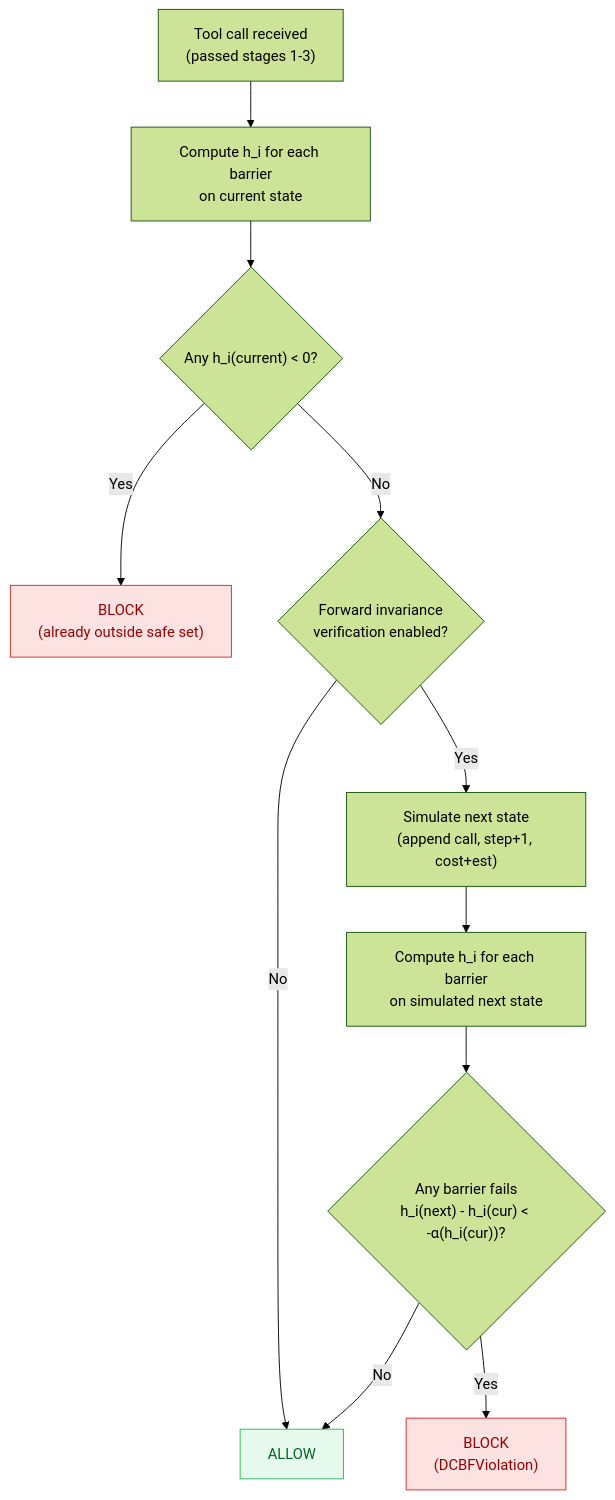
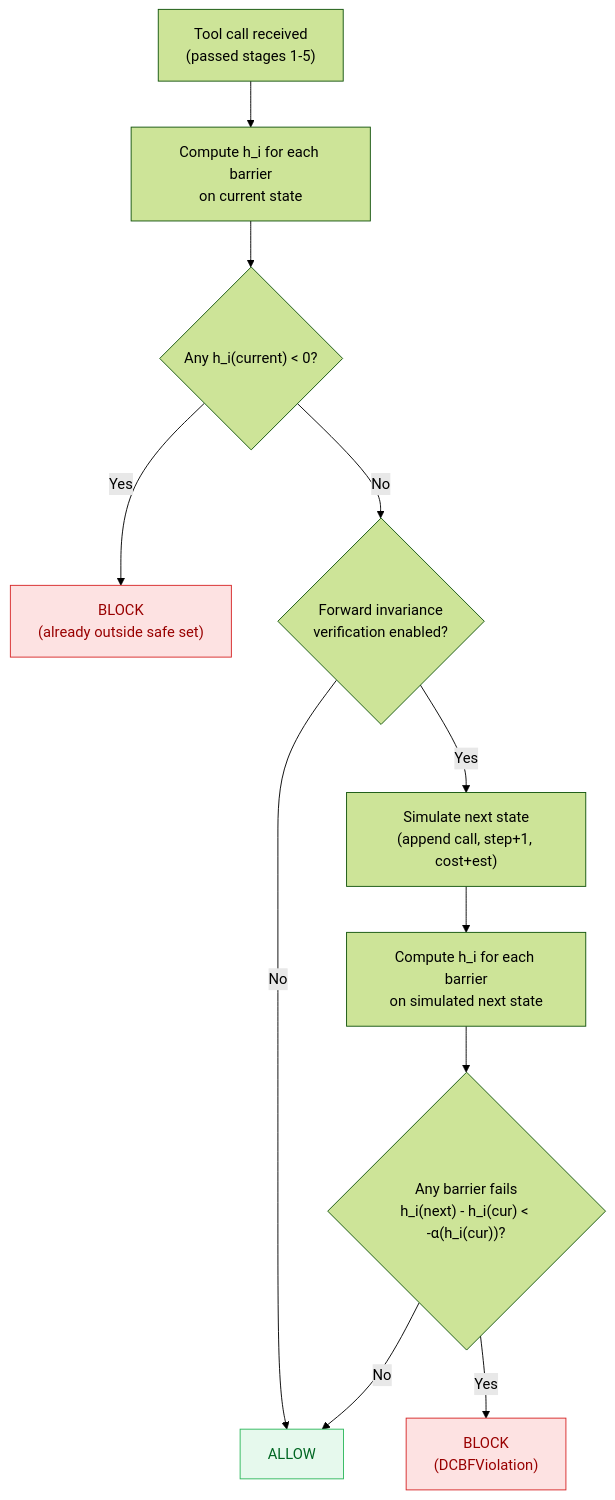
Before and after one commit to CharafeddineMechalikh/GATE: the diagram in docs/stages/dcbf.md, drawn with Mermaid (forest theme). The commit also changed other lines of this file and 40 other files, not shown here.

````diff
--- a/docs/stages/dcbf.md
+++ b/docs/stages/dcbf.md
@@ -28,25 +28,25 @@
 ```mermaid
 flowchart TD
     A["Tool call received
-(passed stages 1-3)"] --> B["Compute h_i for each barrier
+(passed stages 1-5)"] --> B["Compute h_i for each barrier
 on current state"]
     B --> C{"Any h_i(current) < 0?"}
     C -->|Yes| D["BLOCK
 (already outside safe set)"]
     C -->|No| E{"Forward invariance
 verification enabled?"}
     E -->|No| K["ALLOW"]
     E -->|Yes| F["Simulate next state
 (append call, step+1, cost+est)"]
     F --> G["Compute h_i for each barrier
 on simulated next state"]
     G --> H{"Any barrier fails
 h_i(next) - h_i(cur) < -α(h_i(cur))?"}
     H -->|Yes| I["BLOCK
 (DCBFViolation)"]
     H -->|No| K
 
     style D fill:#fde2e2,stroke:#d62728,color:#990000
     style I fill:#fde2e2,stroke:#d62728,color:#990000
     style K fill:#e6f9ed,stroke:#2eb85c,color:#006622
 ```
````
